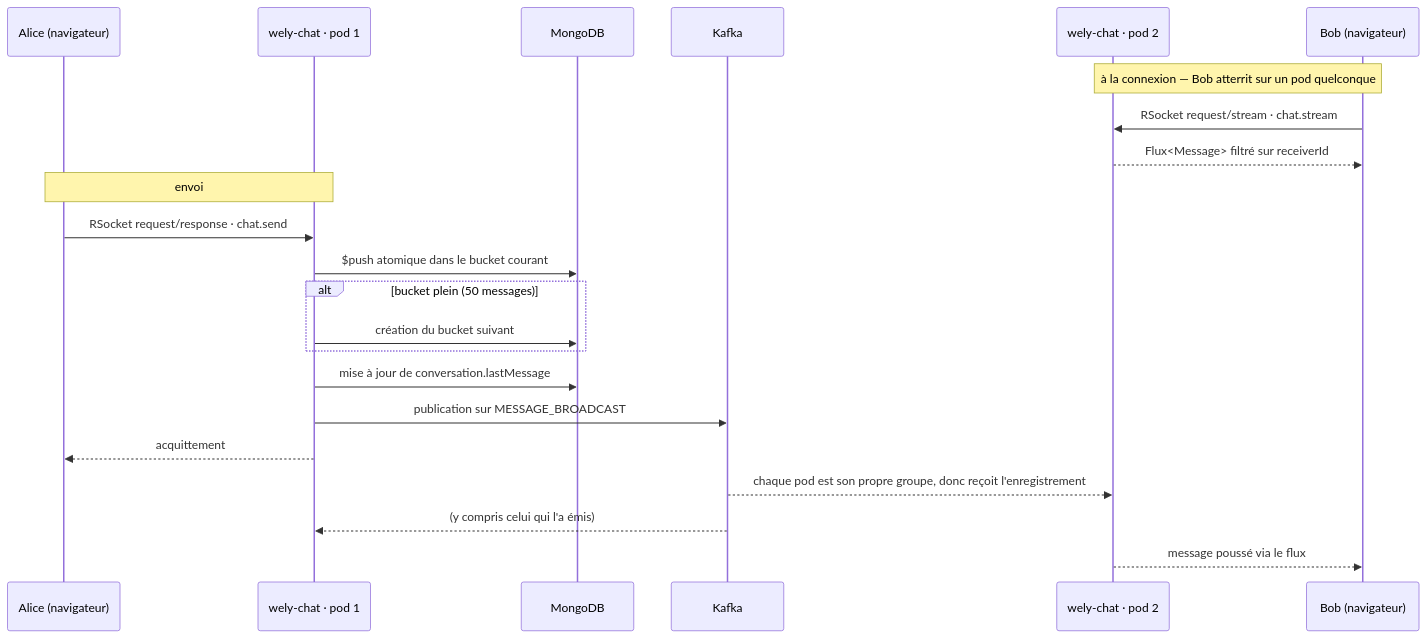
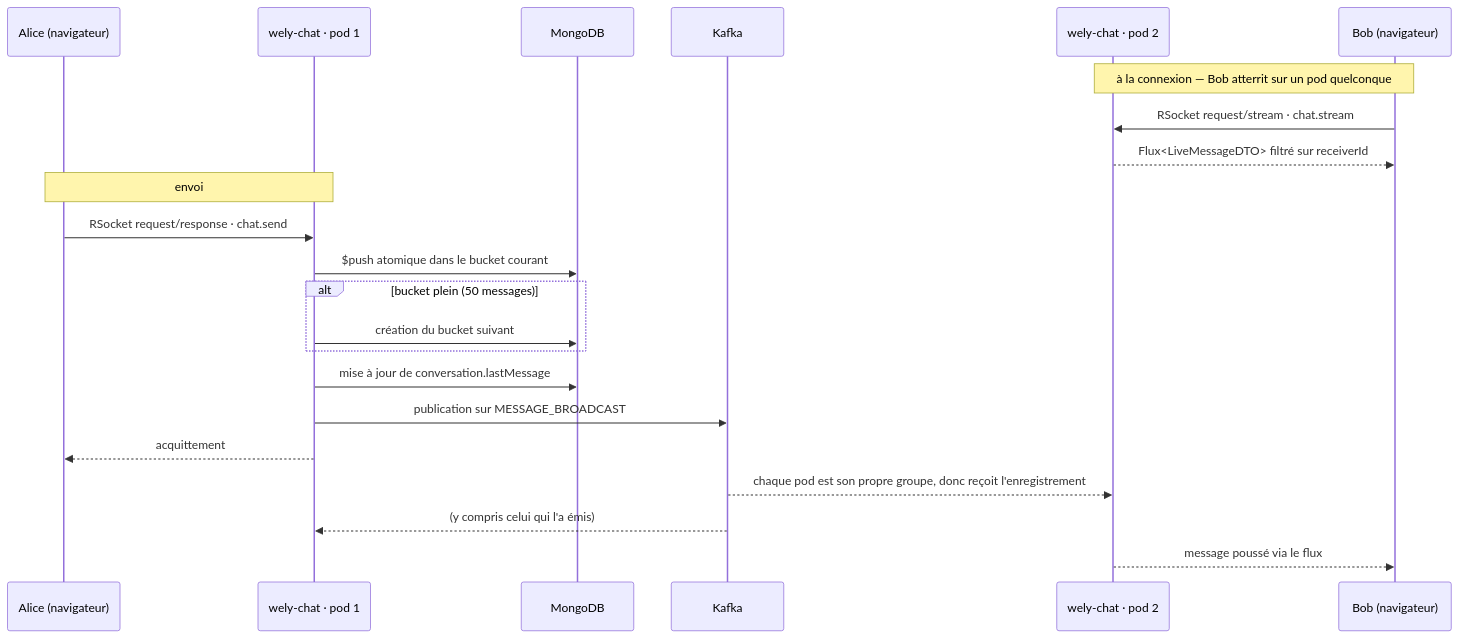
The diagram in README.md (WelyLabs/wely-chat), drawn with Mermaid before and after one commit. The commit also changed other lines of this file and 26 other files, not shown here.

````diff
--- a/README.md
+++ b/README.md
@@ -129,26 +129,26 @@
 ```mermaid
 sequenceDiagram
     participant A as Alice (navigateur)
     participant S1 as wely-chat · pod 1
     participant DB as MongoDB
     participant K as Kafka
     participant S2 as wely-chat · pod 2
     participant B as Bob (navigateur)
 
     Note over B,S2: à la connexion — Bob atterrit sur un pod quelconque
     B->>S2: RSocket request/stream · chat.stream
-    S2-->>B: Flux<Message> filtré sur receiverId
+    S2-->>B: Flux<LiveMessageDTO> filtré sur receiverId
 
     Note over A,S1: envoi
     A->>S1: RSocket request/response · chat.send
     S1->>DB: $push atomique dans le bucket courant
     alt bucket plein (50 messages)
         S1->>DB: création du bucket suivant
     end
     S1->>DB: mise à jour de conversation.lastMessage
     S1->>K: publication sur MESSAGE_BROADCAST
     S1-->>A: acquittement
     K-->>S2: chaque pod est son propre groupe, donc reçoit l'enregistrement
     K-->>S1: (y compris celui qui l'a émis)
     S2-->>B: message poussé via le flux
 ```
````
